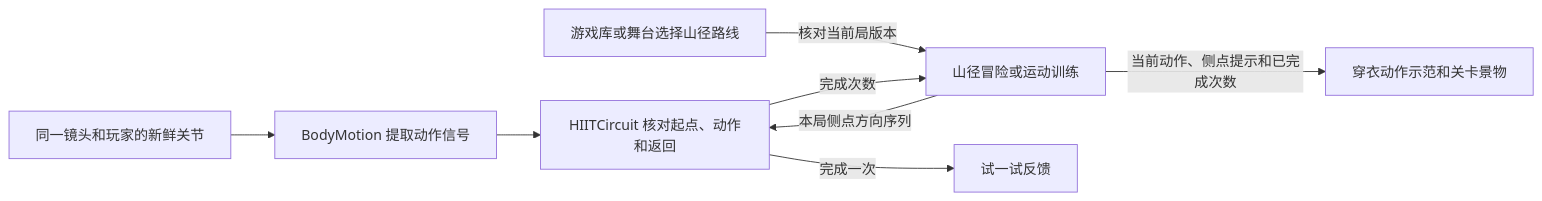
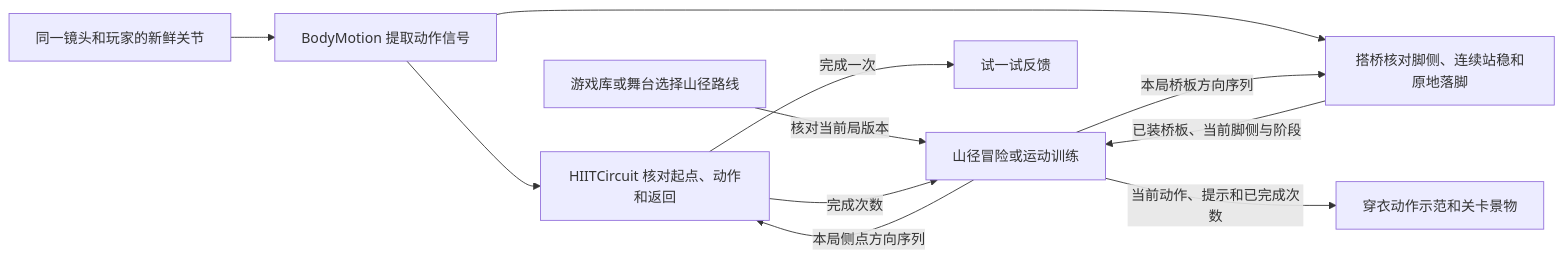
Diagram 19 of 36 in docs/architecture.md (Geeprox/Friday), drawn with Mermaid before and after one commit. The commit also changed other lines of this file and 18 other files, not shown here.

````diff
--- a/docs/architecture.md
+++ b/docs/architecture.md
@@ -466,10 +468,13 @@
 ```mermaid
 flowchart LR
   A[同一镜头和玩家的新鲜关节] --> B[BodyMotion 提取动作信号]
   B --> C[HIITCircuit 核对起点、动作和返回]
+  B --> H[搭桥核对脚侧、连续站稳和原地落脚]
   G[游戏库或舞台选择山径路线] -->|核对当前局版本| D
   D -->|本局侧点方向序列| C
   C -->|完成次数| D[山径冒险或运动训练]
+  D -->|本局桥板方向序列| H
+  H -->|已装桥板、当前脚侧与阶段| D
   C -->|完成一次| E[试一试反馈]
-  D -->|当前动作、侧点提示和已完成次数| F[穿衣动作示范和关卡景物]
+  D -->|当前动作、提示和已完成次数| F[穿衣动作示范和关卡景物]
 ```
````
